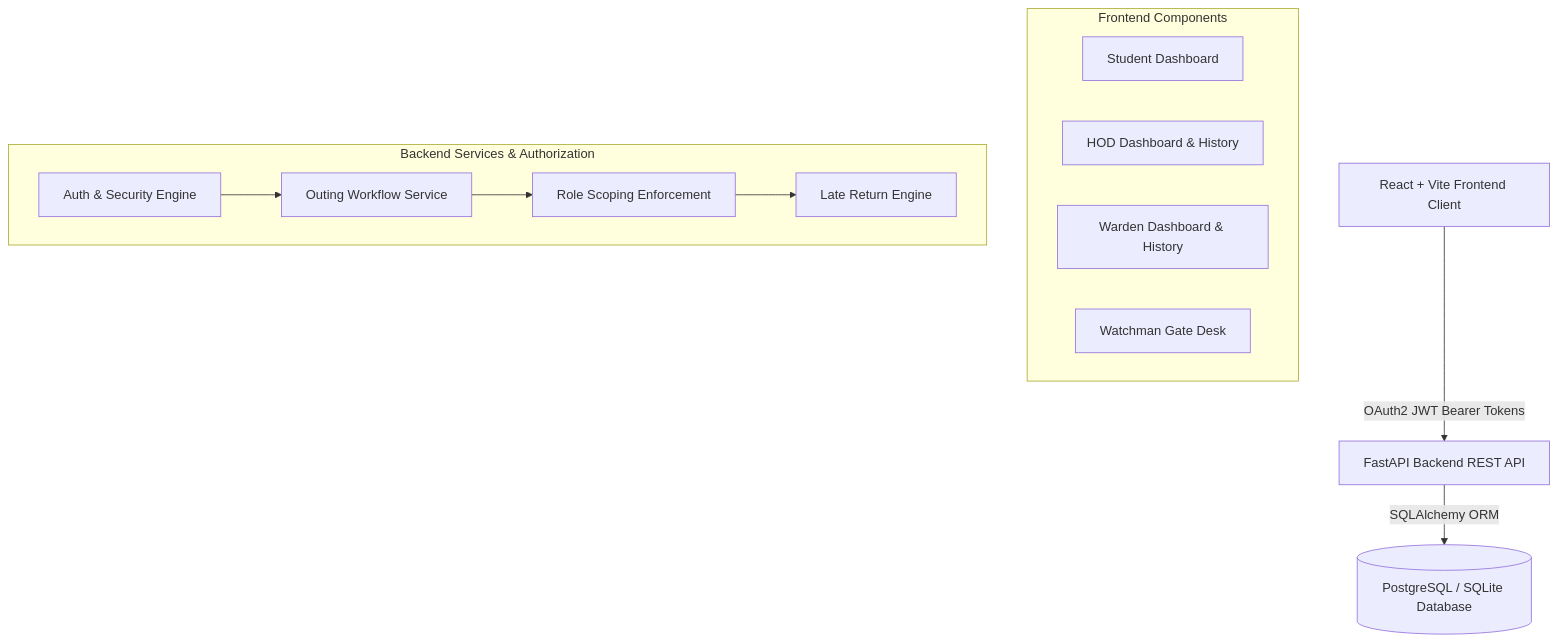
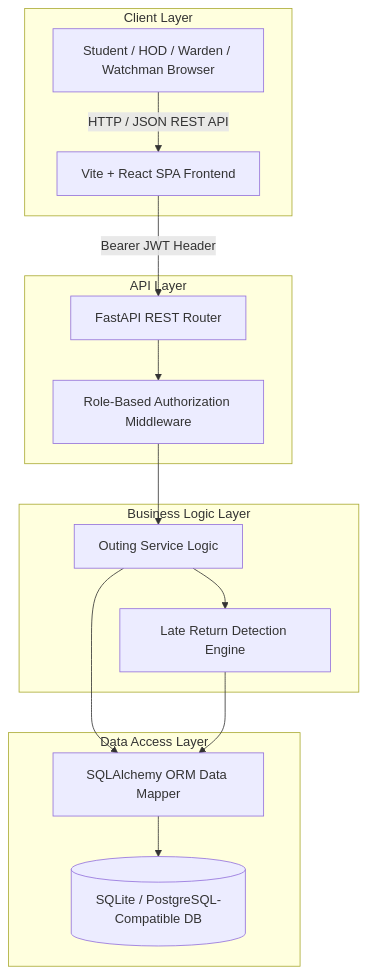
One commit to Shrikaran202005/Hostel_Outpass_System changed the first of 4 diagrams in docs/architecture.md. Above: the diagram before and after it, drawn with Mermaid. The commit also changed other lines of this file and 11 other files, not shown here.

````diff
--- a/docs/architecture.md
+++ b/docs/architecture.md
@@ -11,23 +41,22 @@
 ```mermaid
 graph TD
-    A[React + Vite Frontend Client] -->|OAuth2 JWT Bearer Tokens| B[FastAPI Backend REST API]
-    B -->|SQLAlchemy ORM| DB[(PostgreSQL / SQLite Database)]
-    
-    subgraph Frontend Components
-        A1[Student Dashboard]
-        A2[HOD Dashboard & History]
-        A3[Warden Dashboard & History]
-        A4[Watchman Gate Desk]
+    subgraph Client Layer
+        A[Student / HOD / Warden / Watchman Browser] -->|HTTP / JSON REST API| B[Vite + React SPA Frontend]
     end
 
-    subgraph Backend Services & Authorization
-        B1[Auth & Security Engine]
-        B2[Outing Workflow Service]
-        B3[Role Scoping Enforcement]
-        B4[Late Return Engine]
+    subgraph API Layer
+        B -->|Bearer JWT Header| C[FastAPI REST Router]
+        C --> D[Role-Based Authorization Middleware]
     end
 
-    B1 --> B2
-    B2 --> B3
-    B3 --> B4
+    subgraph Business Logic Layer
+        D --> E[Outing Service Logic]
+        E --> F[Late Return Detection Engine]
+    end
+
+    subgraph Data Access Layer
+        E --> G[SQLAlchemy ORM Data Mapper]
+        F --> G
+        G --> H[(SQLite / PostgreSQL-Compatible DB)]
+    end
 ```
````
